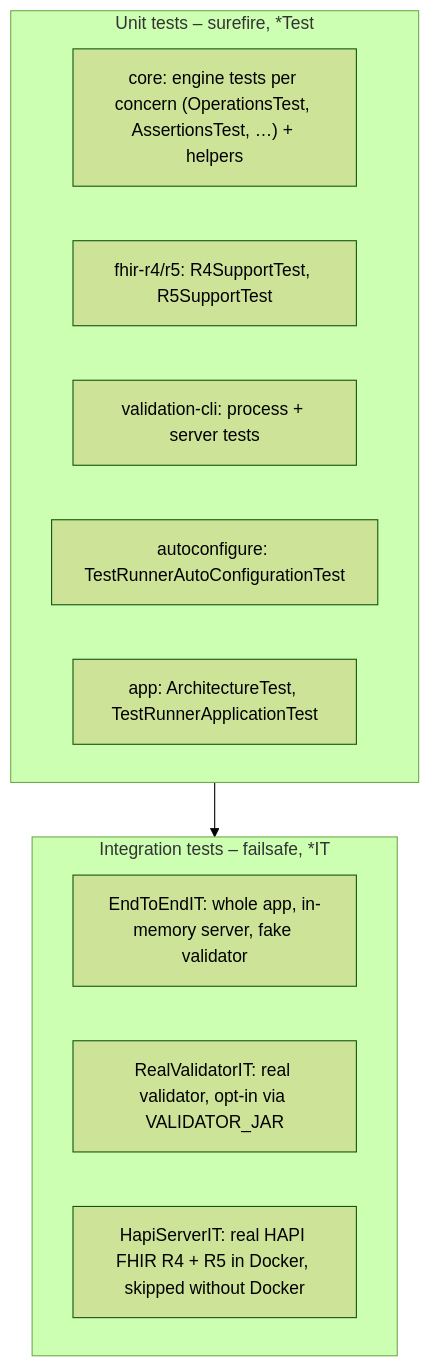
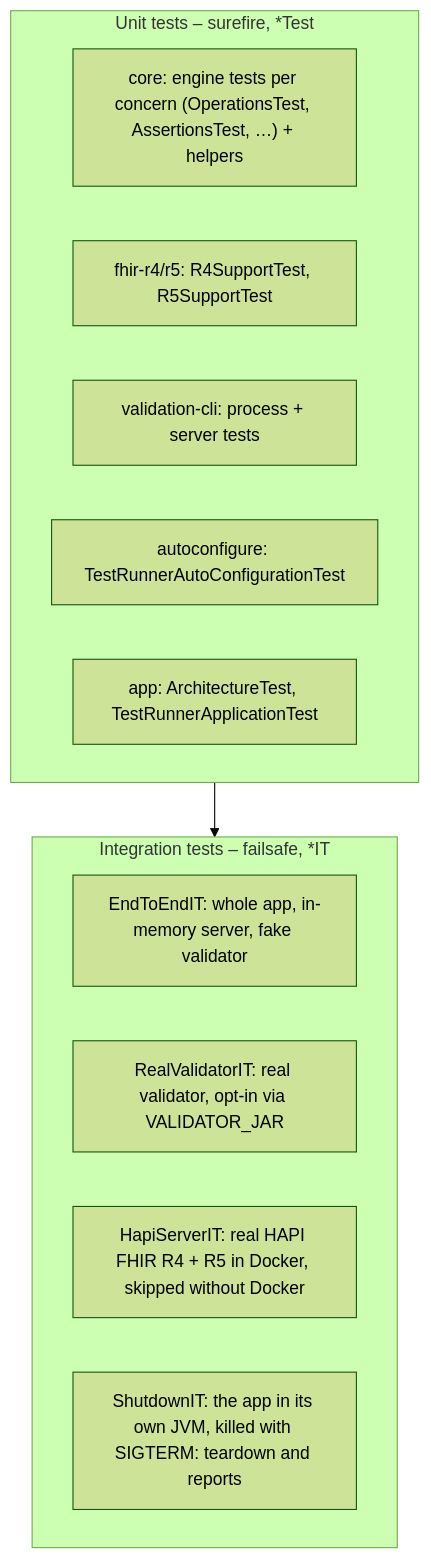
One commit to mratzenb/FHIR-TestRunner changed the diagram in docs/wiki/build-and-test.md. Above: the diagram before and after it, drawn with Mermaid (forest theme). The commit also changed 19 other files, not shown here.

````diff
--- a/docs/wiki/build-and-test.md
+++ b/docs/wiki/build-and-test.md
@@ -46,16 +46,17 @@
 ```mermaid
 flowchart TB
     subgraph unit["Unit tests – surefire, *Test"]
         u1["core: engine tests per concern (OperationsTest, AssertionsTest, …) + helpers"]
         u2["fhir-r4/r5: R4SupportTest, R5SupportTest"]
         u3["validation-cli: process + server tests"]
         u4["autoconfigure: TestRunnerAutoConfigurationTest"]
         u5["app: ArchitectureTest, TestRunnerApplicationTest"]
     end
     subgraph it["Integration tests – failsafe, *IT"]
         i1["EndToEndIT: whole app, in-memory server, fake validator"]
         i2["RealValidatorIT: real validator, opt-in via VALIDATOR_JAR"]
         i3["HapiServerIT: real HAPI FHIR R4 + R5 in Docker, skipped without Docker"]
+        i4["ShutdownIT: the app in its own JVM, killed with SIGTERM: teardown and reports"]
     end
     unit --> it
 ```
````
